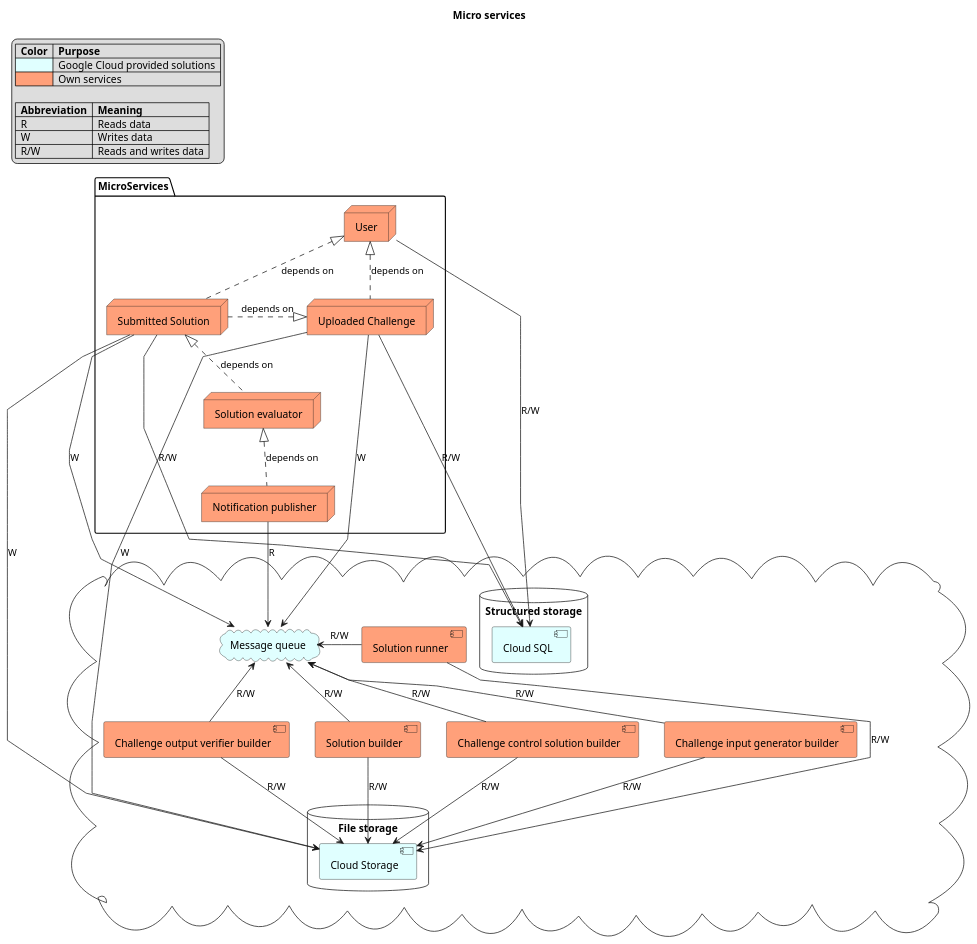
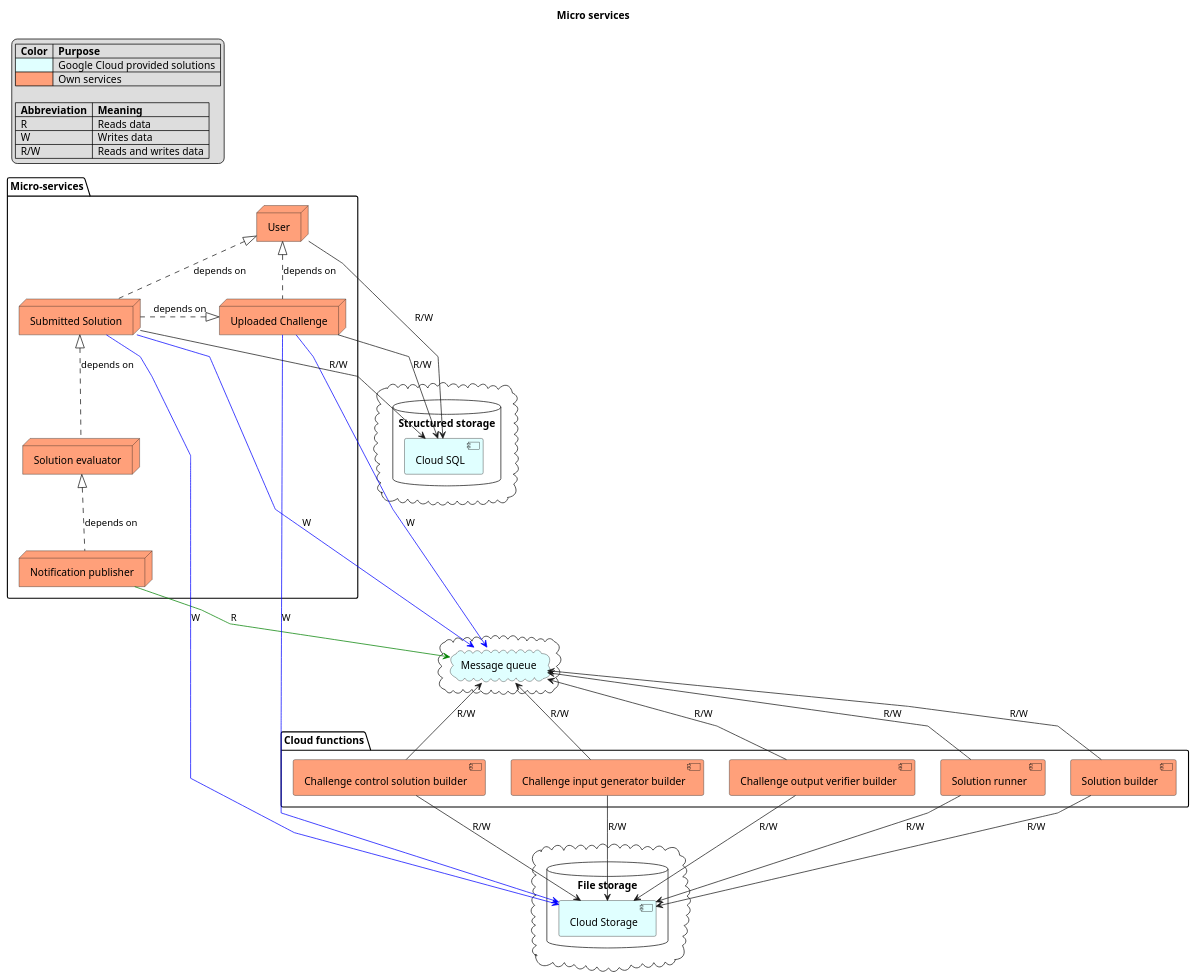
The diagram in specification/components.plantuml (nemaberci/codehub), drawn with PlantUML before and after one commit. The commit also changed 3 other files, not shown here.

Commit message:
GH-1 Updated UML to be more consistent

```diff
--- a/specification/components.plantuml
+++ b/specification/components.plantuml
@@ -1,71 +1,80 @@
 @startuml Micro Service commponents
 title Micro services
 
 skinparam Linetype polyline
 
-folder "MicroServices" {
+folder "Micro-services" {
     node "User" as user #LightSalmon
     node "Submitted Solution" as solution #LightSalmon
     node "Uploaded Challenge" as challenge #LightSalmon
     node "Solution evaluator" as evaluator #LightSalmon
     node "Notification publisher" as notification #LightSalmon
 }
 
 cloud {
-    cloud "Message queue" as mq #LightCyan
     database "File storage" {
         [Cloud Storage] as storage #LightCyan
     }
+}
+
+cloud {
     database "Structured storage" {
         [Cloud SQL] as db #LightCyan
     }
+}
+
+cloud {
+    cloud "Message queue" as mq #LightCyan
+}
+
+folder "Cloud functions" {
     [Solution builder] as builder #LightSalmon
     [Challenge control solution builder] as controlSolutionBuilder #LightSalmon
     [Challenge input generator builder] as inputGeneratorBuilder #LightSalmon
     [Challenge output verifier builder] as outputVerifierBuilder #LightSalmon
     [Solution runner] as runner #LightSalmon
 }
 
 solution .up.|> user : depends on
 challenge .up.|> user : depends on
 evaluator .up.|> solution : depends on
 notification .up.|> evaluator: depends on
 solution .left.|> challenge : depends on
 
 
 builder -left-> mq : R/W
 runner -right-> mq : R/W
-solution --> mq : W
-notification --> mq : R
+solution --> mq #Blue : W 
+notification --> mq #Green : R
 controlSolutionBuilder -up-> mq : R/W
 inputGeneratorBuilder -up-> mq : R/W
 outputVerifierBuilder -up-> mq : R/W
-challenge -down-> mq : W
+challenge -down-> mq #Blue : W
 
 
 builder -down-> storage: R/W
 runner -down-> storage : R/W
 controlSolutionBuilder -down-> storage: R/W
 inputGeneratorBuilder -down-> storage: R/W
 outputVerifierBuilder -down-> storage: R/W
-challenge -down-> storage: W
-solution -down-> storage : W
+challenge -down-> storage #Blue : W
+solution -down-> storage #Blue : W
 
 
 solution -down-> db : R/W
 challenge -down-> db: R/W
 user -down-> db: R/W
 
 
 legend top left
 |  **Color**  |  **Purpose**  |
 |  <#LightCyan>  |  Google Cloud provided solutions  |
 |  <#LightSalmon>  |  Own services  |
 
 |  **Abbreviation**  |  **Meaning**  |
 |  R  |  Reads data  |
 |  W  |  Writes data  |
 |  R/W  |  Reads and writes data  |
 endlegend
 
 @enduml
```
